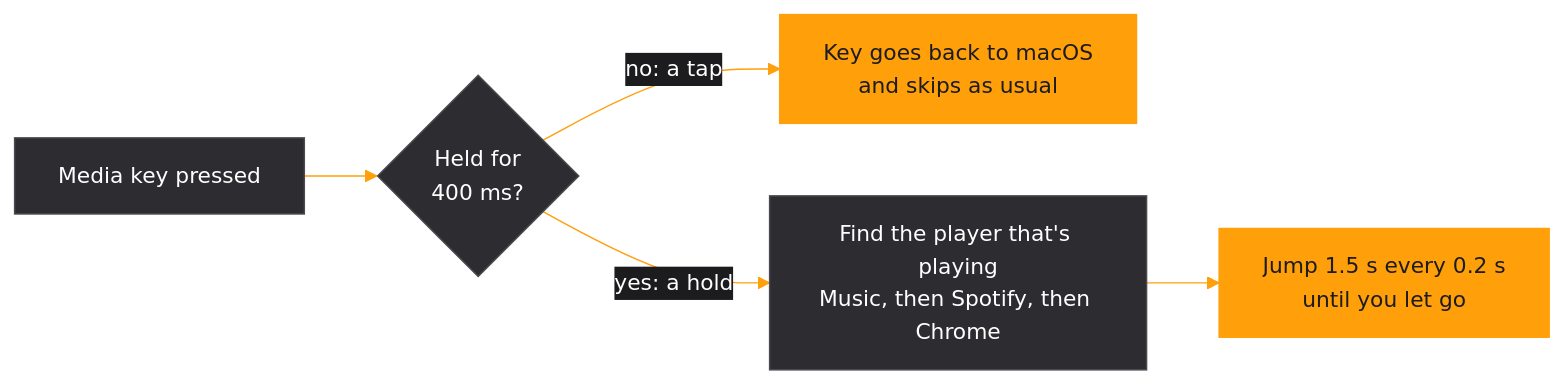
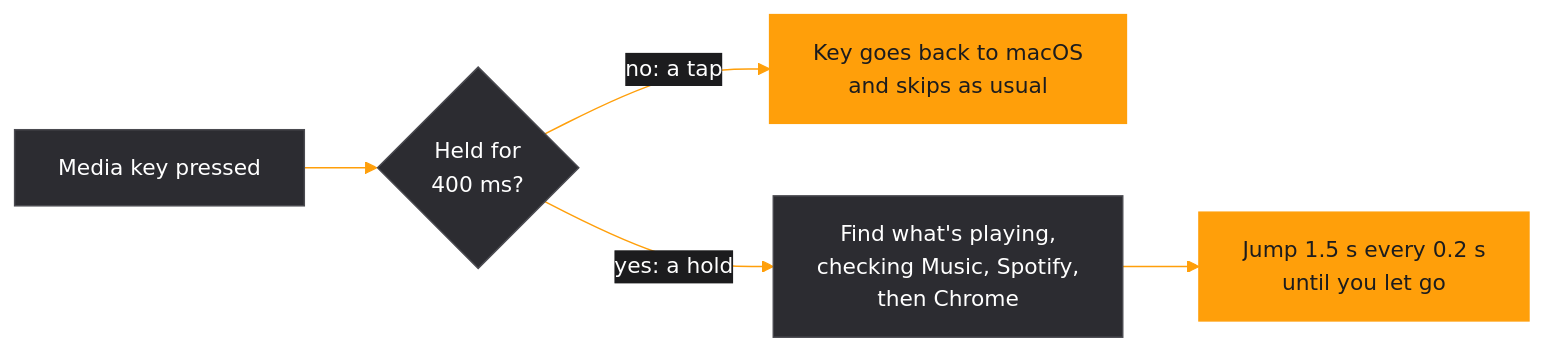
One commit to anuragggg/holdseek changed the diagram in README.md. Above: the diagram before and after it, drawn with Mermaid. The commit also changed other lines of this file, not shown here.

Commit message:
README: readable badge text, cleaner diagram line breaks

````diff
--- a/README.md
+++ b/README.md
@@ -100,10 +100,10 @@
 ```mermaid
 %%{init: {'theme': 'base', 'themeVariables': {'primaryColor': '#2C2C31', 'primaryTextColor': '#FFFFFF', 'primaryBorderColor': '#4A4A50', 'lineColor': '#FF9F0A', 'edgeLabelBackground': '#1C1C1E', 'tertiaryTextColor': '#FFFFFF', 'fontSize': '15px'}}}%%
 flowchart LR
     press["Media key pressed"] --> held{"Held for<br/>400 ms?"}
     held -- "no: a tap" --> tap["Key goes back to macOS<br/>and skips as usual"]
-    held -- "yes: a hold" --> pick["Find the player that's playing<br/>Music, then Spotify, then Chrome"]
+    held -- "yes: a hold" --> pick["Find what's playing,<br/>checking Music, Spotify,<br/>then Chrome"]
     pick --> seek["Jump 1.5 s every 0.2 s<br/>until you let go"]
     classDef amber fill:#FF9F0A,stroke:#FF9F0A,color:#1C1C1E
     class tap,seek amber
 ```
````
